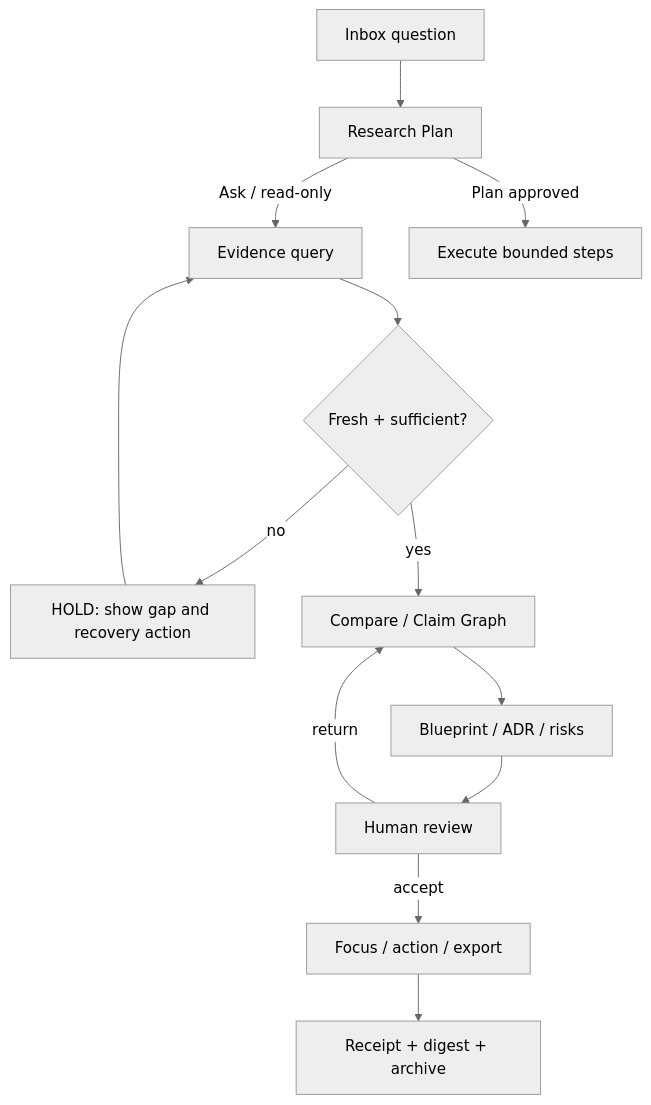
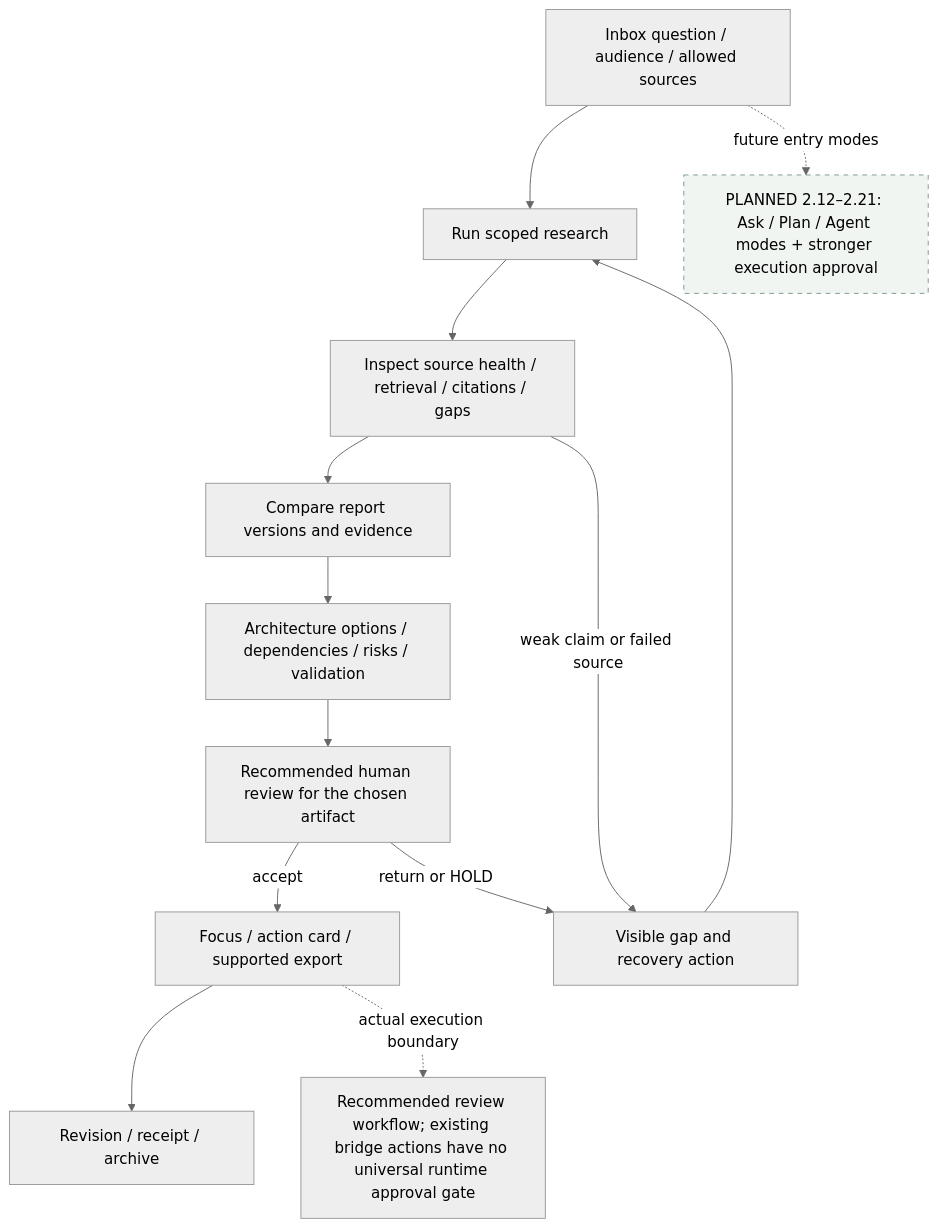
The diagram in docs/diagrams/research-delivery.mmd (ChrisChen667788/antifomo), drawn with Mermaid (neutral theme) before and after one commit. The commit also changed 68 other files, not shown here.

```diff
--- a/docs/diagrams/research-delivery.mmd
+++ b/docs/diagrams/research-delivery.mmd
@@ -1,13 +1,17 @@
 flowchart TD
-  I[Inbox question] --> P[Research Plan]
-  P -->|Ask / read-only| E[Evidence query]
-  P -->|Plan approved| X[Execute bounded steps]
-  E --> F{Fresh + sufficient?}
-  F -- no --> H[HOLD: show gap and recovery action]
+  I[Inbox question / audience / allowed sources] --> E[Run scoped research]
+  E --> F[Inspect source health / retrieval / citations / gaps]
+  F --> C[Compare report versions and evidence]
+  C --> B[Architecture options / dependencies / risks / validation]
+  B --> R[Recommended human review for the chosen artifact]
+  R -->|accept| O[Focus / action card / supported export]
+  R -->|return or HOLD| H[Visible gap and recovery action]
+  F -->|weak claim or failed source| H
   H --> E
-  F -- yes --> C[Compare / Claim Graph]
-  C --> B[Blueprint / ADR / risks]
-  B --> R[Human review]
-  R -->|accept| O[Focus / action / export]
-  R -->|return| C
-  O --> Z[Receipt + digest + archive]
+  O --> Z[Revision / receipt / archive]
+  LIMIT[Recommended review workflow; existing bridge actions have no universal runtime approval gate]
+  O -. actual execution boundary .-> LIMIT
+  FUT[PLANNED 2.12–2.21: Ask / Plan / Agent modes + stronger execution approval]
+  I -. future entry modes .-> FUT
+  classDef planned fill:#f1f5f2,stroke:#7d9690,stroke-dasharray:5 5;
+  class FUT planned;
```
